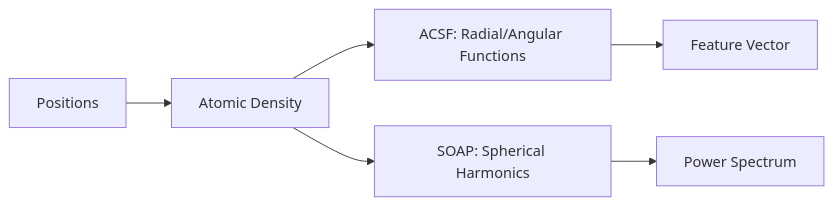
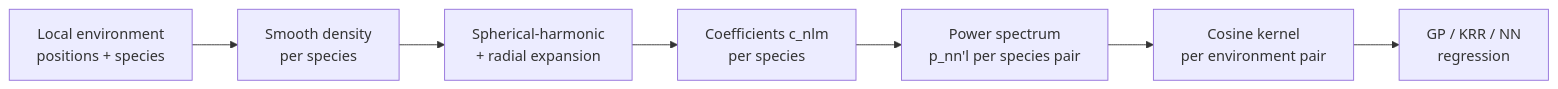
Before and after one commit to ECLIPSE-Lab/public_presentations: the third of 3 diagrams in materials_genomics/06_local_atomic_envs/01_intro.qmd, drawn with Mermaid. The commit also changed other lines of this file and 111 other files, not shown here.

````diff
--- a/materials_genomics/06_local_atomic_envs/01_intro.qmd
+++ b/materials_genomics/06_local_atomic_envs/01_intro.qmd
@@ -277,8 +1280,9 @@
 ```{mermaid}
 graph LR
-    Input[Positions] --> Dens[Atomic Density]
-    Dens --> ACSF[ACSF: Radial/Angular Functions]
-    Dens --> SOAP[SOAP: Spherical Harmonics]
-    ACSF --> Vec1[Feature Vector]
-    SOAP --> Vec2[Power Spectrum]
+    A[Local environment<br/>positions + species] --> B[Smooth density<br/>per species]
+    B --> C[Spherical-harmonic<br/>+ radial expansion]
+    C --> D[Coefficients c_nlm<br/>per species]
+    D --> E[Power spectrum<br/>p_nn'l per species pair]
+    E --> F[Cosine kernel<br/>per environment pair]
+    F --> G[GP / KRR / NN<br/>regression]
 ```
````
